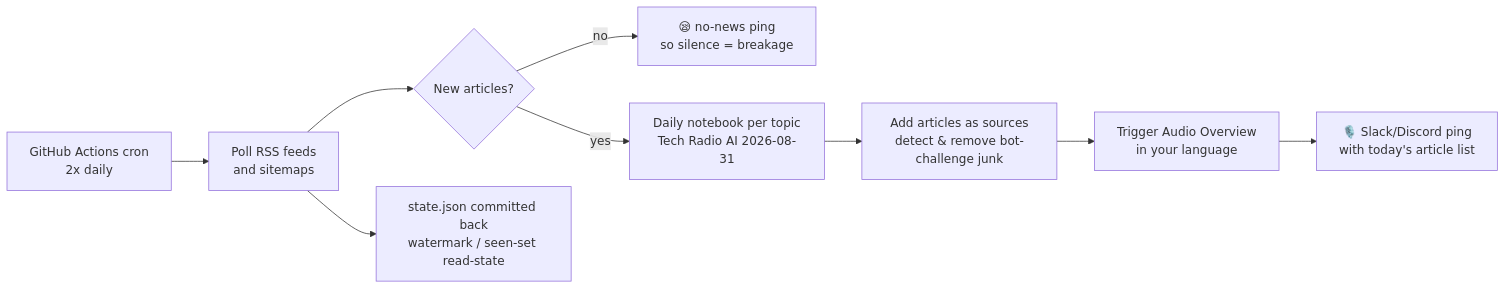
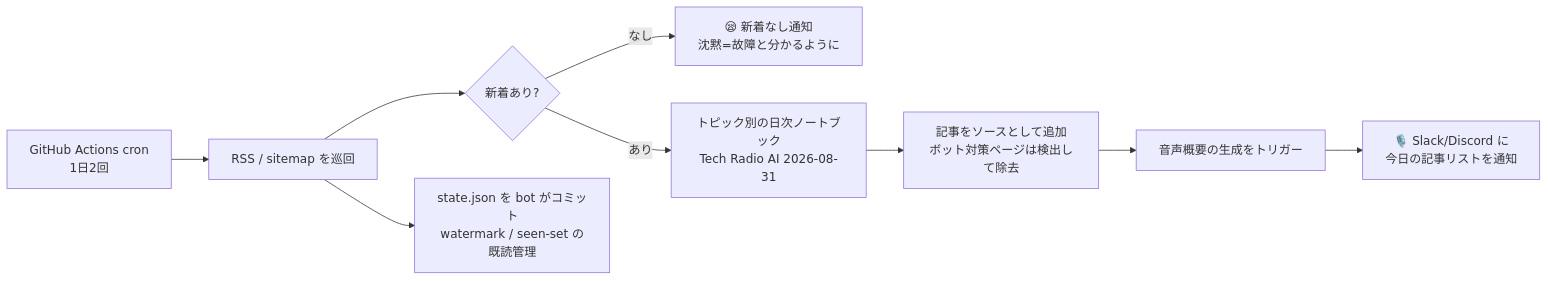
The diagram in README.md (inoueUJ/notebooklm-radio), drawn with Mermaid before and after one commit. The commit also changed other lines of this file and 2 other files, not shown here.

````diff
--- a/README.md
+++ b/README.md
@@ -22,11 +22,11 @@
 ```mermaid
 flowchart LR
-    A[GitHub Actions cron<br/>2x daily] --> B[Poll RSS feeds<br/>and sitemaps]
-    B --> C{New articles?}
-    C -- no --> D[😪 no-news ping<br/>so silence = breakage]
-    C -- yes --> E[Daily notebook per topic<br/>Tech Radio AI 2026-08-31]
-    E --> F[Add articles as sources<br/>detect & remove bot-challenge junk]
-    F --> G[Trigger Audio Overview<br/>in your language]
-    G --> H[🎙️ Slack/Discord ping<br/>with today's article list]
-    B --> I[state.json committed back<br/>watermark / seen-set read-state]
+    A[GitHub Actions cron<br/>1日2回] --> B[RSS / sitemap を巡回]
+    B --> C{新着あり?}
+    C -- なし --> D[😪 新着なし通知<br/>沈黙=故障と分かるように]
+    C -- あり --> E[トピック別の日次ノートブック<br/>Tech Radio AI 2026-08-31]
+    E --> F[記事をソースとして追加<br/>ボット対策ページは検出して除去]
+    F --> G[音声概要の生成をトリガー]
+    G --> H[🎙️ Slack/Discord に<br/>今日の記事リストを通知]
+    B --> I[state.json を bot がコミット<br/>watermark / seen-set の既読管理]
 ```
````
